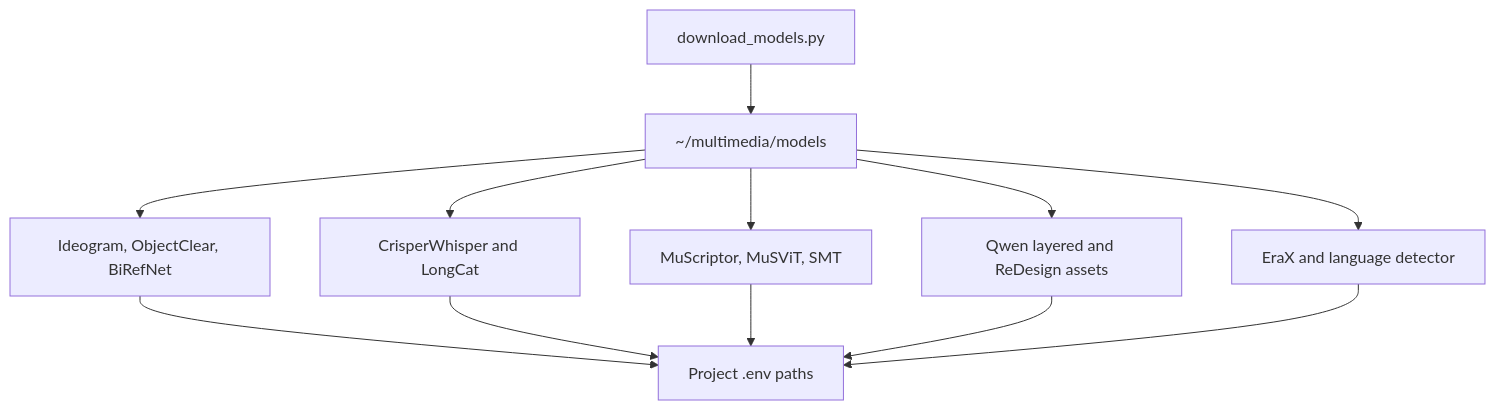
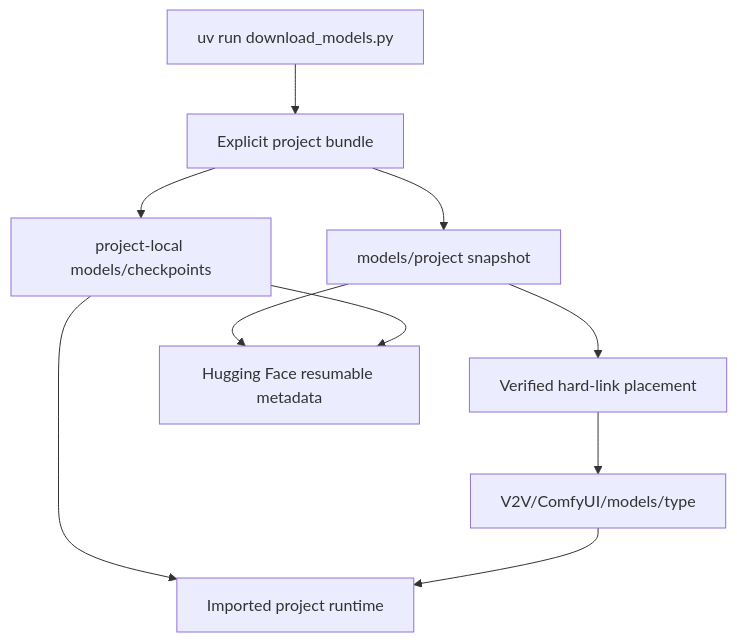
Before and after one commit to CommanderTurtle/mm-tools: the diagram in models/ARCHITECTURE.md, drawn with Mermaid. The commit also changed other lines of this file and 3 other files, not shown here.

Commit message:
models: add pinned runtime manifests

````diff
--- a/models/ARCHITECTURE.md
+++ b/models/ARCHITECTURE.md
@@ -7,14 +9,12 @@
 ```mermaid
 flowchart TB
-    Downloader["download_models.py"] --> Store["~/multimedia/models"]
-    Store --> Ideogram["Ideogram, ObjectClear, BiRefNet"]
-    Store --> Speech["CrisperWhisper and LongCat"]
-    Store --> Music["MuScriptor, MuSViT, SMT"]
-    Store --> Design["Qwen layered and ReDesign assets"]
-    Store --> Translation["EraX and language detector"]
-    Ideogram --> Config["Project .env paths"]
-    Speech --> Config
-    Music --> Config
-    Design --> Config
-    Translation --> Config
+    CLI["uv run download_models.py"] --> Select["Explicit project bundle"]
+    Select --> Shared["models/project snapshot"]
+    Select --> Native["project-local models/checkpoints"]
+    Shared --> Link["Verified hard-link placement"]
+    Link --> Comfy["V2V/ComfyUI/models/type"]
+    Native --> Runtime["Imported project runtime"]
+    Comfy --> Runtime
+    Shared --> Resume["Hugging Face resumable metadata"]
+    Native --> Resume
 ```
````
